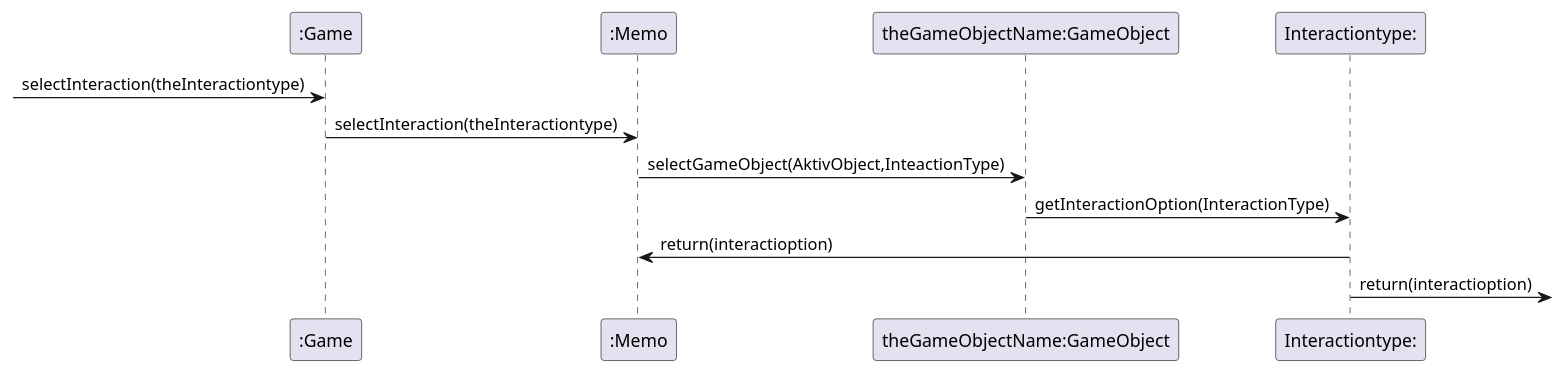
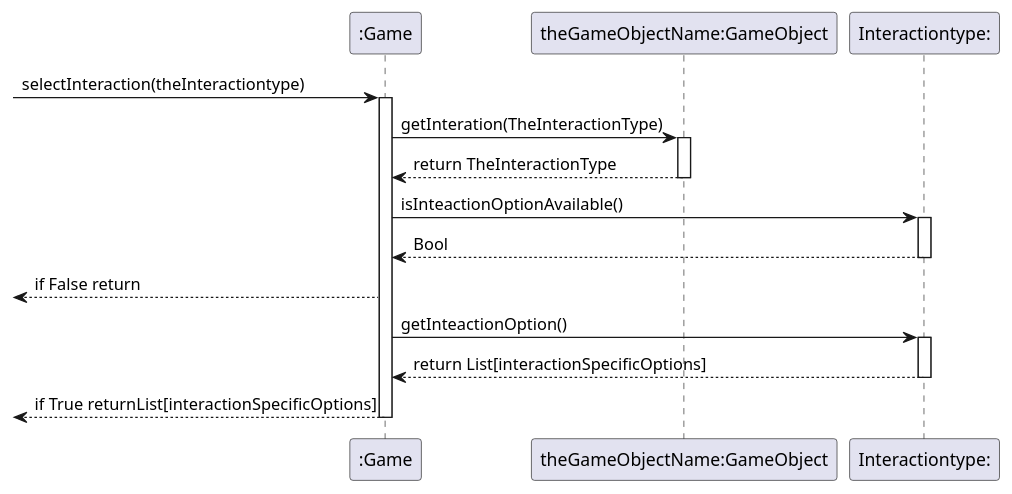
Before and after one commit to EdvinKristiansson/PA1459: the diagram in selectInteraction.plantuml, drawn with PlantUML. The commit also changed 5 other files, not shown here.

```diff
--- a/selectInteraction.plantuml
+++ b/selectInteraction.plantuml
@@ -1,16 +1,28 @@
 @startuml
 
 participant ":Game" as gm
-participant ":Memo" as me
 participant "theGameObjectName:GameObject" as go
 participant "Interactiontype:" as in
 
 
 -> gm : selectInteraction(theInteractiontype)
-gm -> me : selectInteraction(theInteractiontype)
-me -> go : selectGameObject(AktivObject,InteactionType)
-go -> in : getInteractionOption(InteractionType)
-in -> me : return(interactioption)
-in ->  : return(interactioption)
+activate gm
+gm -> go : getInteration(TheInteractionType)
+activate go
+go --> gm : return TheInteractionType
+deactivate go
+gm -> in : isInteactionOptionAvailable()
+activate in
+in --> gm : Bool
+deactivate in
+<-- gm: if False return
+gm -> in : getInteactionOption()
+activate in
+in --> gm : return List[interactionSpecificOptions]
+deactivate in
+<-- gm : if True returnList[interactionSpecificOptions]
+deactivate gm
+
+
 
 @enduml
```
